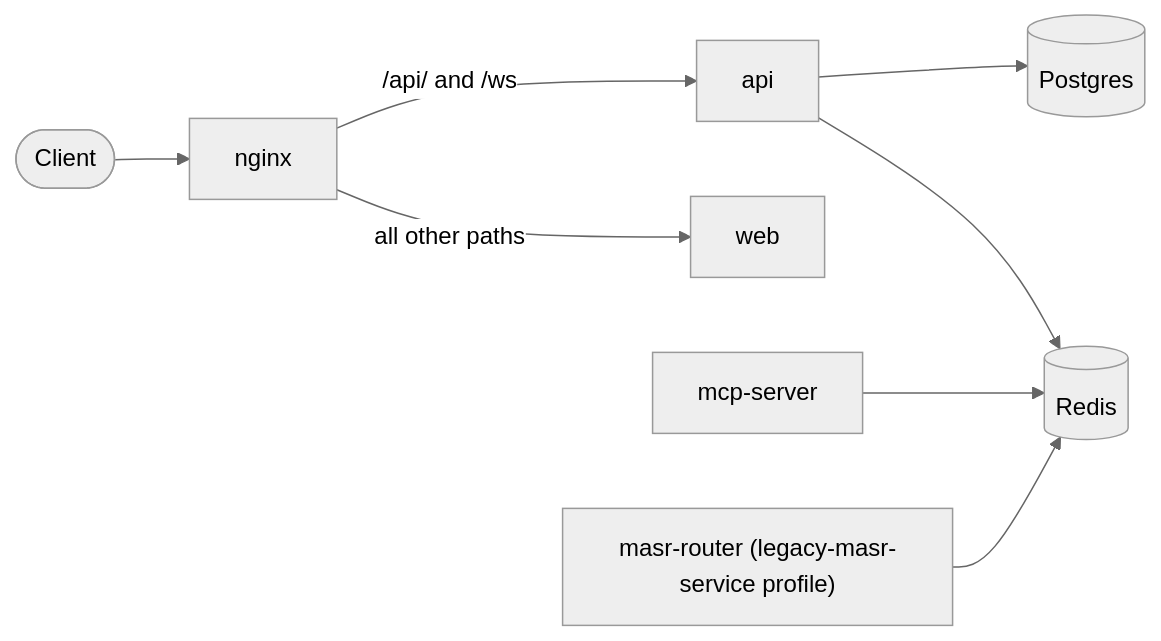
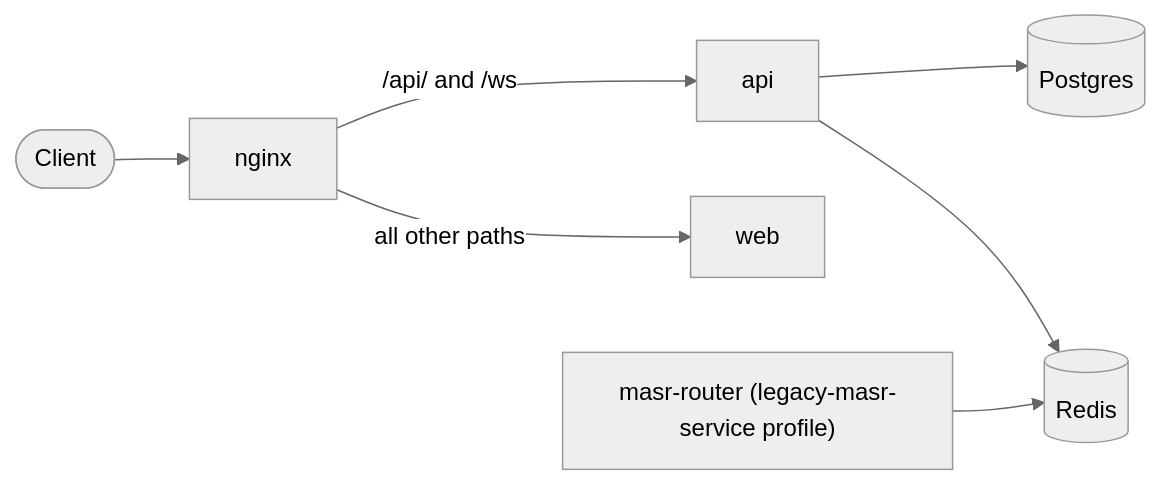
Before and after one commit to jsogarro/cerebro: the first of 2 diagrams in docs/reference/01-architecture-overview.md, drawn with Mermaid (neutral theme). The commit also changed other lines of this file and 24 other files, not shown here.

````diff
--- a/docs/reference/01-architecture-overview.md
+++ b/docs/reference/01-architecture-overview.md
@@ -50,10 +49,9 @@
 ```mermaid
 flowchart LR
     client([Client]) --> nginx
     nginx -->|"/api/ and /ws"| api
     nginx -->|"all other paths"| web
     api --> postgres[(Postgres)]
     api --> redis[(Redis)]
-    mcp[mcp-server] --> redis
     masr["masr-router (legacy-masr-service profile)"] --> redis
 ```
````
